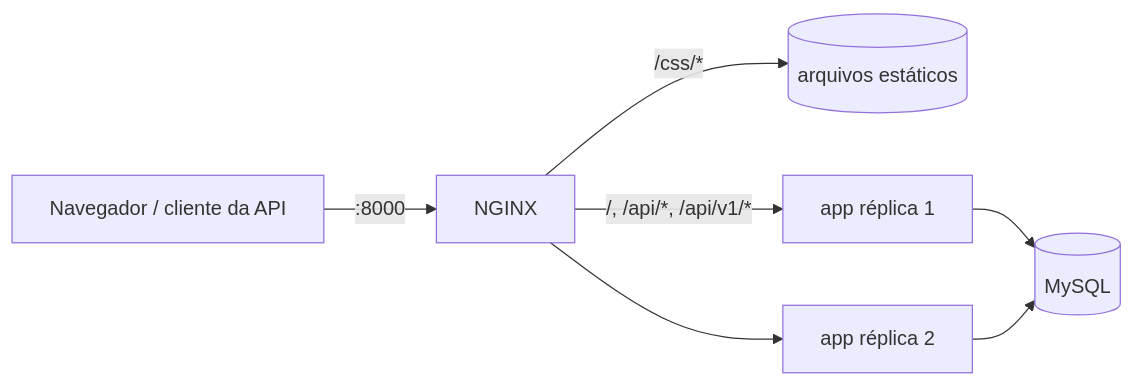
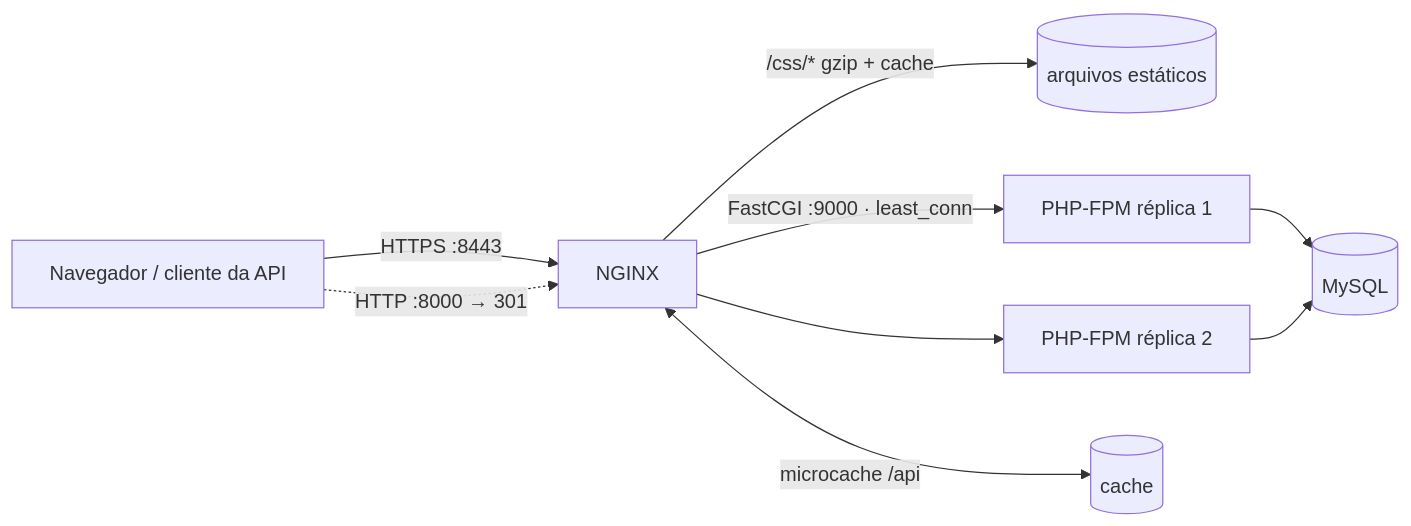
Before and after one commit to tiagolpadua/php-moderno-agenda-eventos: the diagram in README.md, drawn with Mermaid. The commit also changed other lines of this file and 16 other files, not shown here.

First line of the commit message:
feat: solução da semana 6 (NGINX: FastCGI, performance, cache e HTTPS)

````diff
--- a/README.md
+++ b/README.md
@@ -70,9 +71,11 @@
 ```mermaid
 flowchart LR
-    U[Navegador / cliente da API] -->|:8000| N[NGINX]
-    N -->|/css/*| S[(arquivos estáticos)]
-    N -->|/, /api/*, /api/v1/*| A1[app réplica 1]
-    N --> A2[app réplica 2]
+    U[Navegador / cliente da API] -->|HTTPS :8443| N[NGINX]
+    U -.->|HTTP :8000 → 301| N
+    N -->|/css/* gzip + cache| S[(arquivos estáticos)]
+    N -->|FastCGI :9000 · least_conn| A1[PHP-FPM réplica 1]
+    N --> A2[PHP-FPM réplica 2]
+    N <-->|microcache /api| C[(cache)]
     A1 --> DB[(MySQL)]
     A2 --> DB
 ```
````
